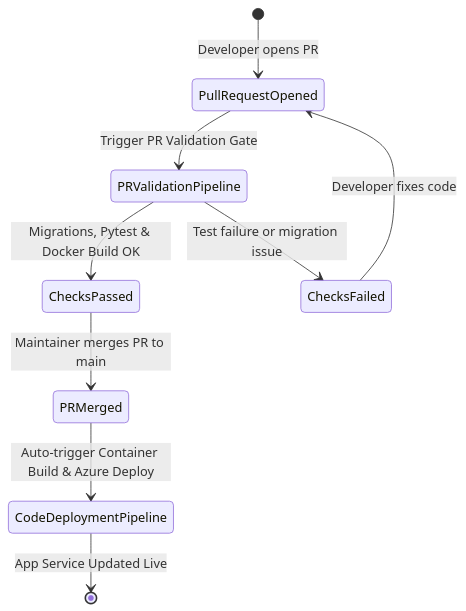
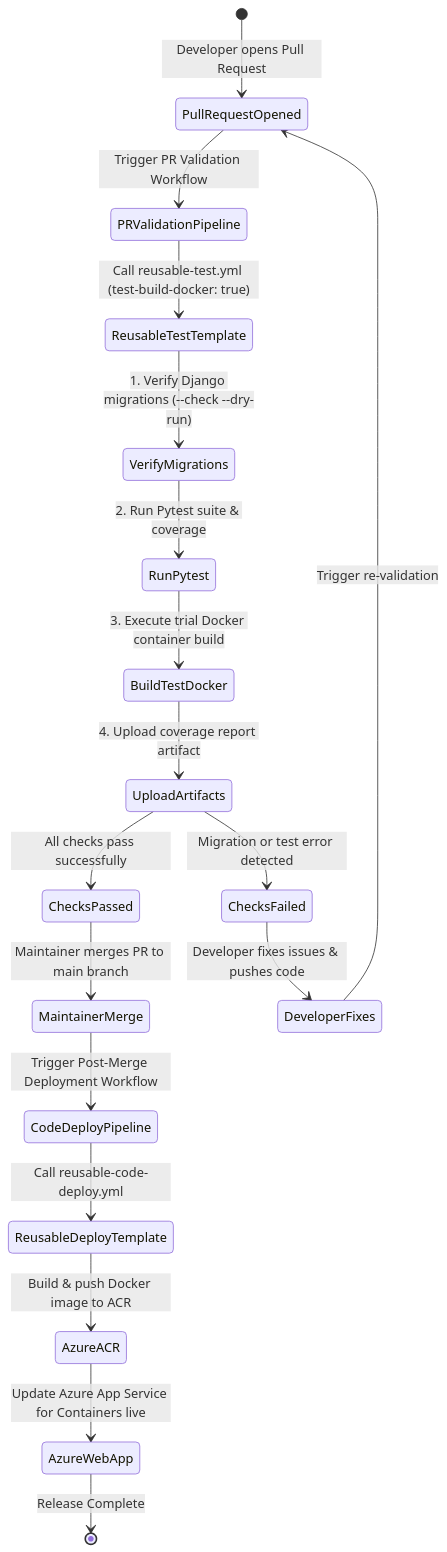
Before and after one commit to Shubhankart101/TeamBoard: the diagram in docs/cicd-pipelines.md, drawn with Mermaid. The commit also changed other lines of this file and 4 other files, not shown here.

Commit message:
docs: enrich documentation modules with comprehensive architecture, API, setup, infra, and CI/CD details

````diff
--- a/docs/cicd-pipelines.md
+++ b/docs/cicd-pipelines.md
@@ -22,11 +22,20 @@
 ```mermaid
 stateDiagram-v2
-    [*] --> PullRequestOpened: Developer opens PR
-    PullRequestOpened --> PRValidationPipeline: Trigger PR Validation Gate
-    PRValidationPipeline --> ChecksPassed: Migrations, Pytest & Docker Build OK
-    PRValidationPipeline --> ChecksFailed: Test failure or migration issue
-    ChecksFailed --> PullRequestOpened: Developer fixes code
-    ChecksPassed --> PRMerged: Maintainer merges PR to main
-    PRMerged --> CodeDeploymentPipeline: Auto-trigger Container Build & Azure Deploy
-    CodeDeploymentPipeline --> [*]: App Service Updated Live
+    [*] --> PullRequestOpened: Developer opens Pull Request
+    PullRequestOpened --> PRValidationPipeline: Trigger PR Validation Workflow
+    PRValidationPipeline --> ReusableTestTemplate: Call reusable-test.yml (test-build-docker: true)
+    ReusableTestTemplate --> VerifyMigrations: 1. Verify Django migrations (--check --dry-run)
+    VerifyMigrations --> RunPytest: 2. Run Pytest suite & coverage
+    RunPytest --> BuildTestDocker: 3. Execute trial Docker container build
+    BuildTestDocker --> UploadArtifacts: 4. Upload coverage report artifact
+    UploadArtifacts --> ChecksPassed: All checks pass successfully
+    UploadArtifacts --> ChecksFailed: Migration or test error detected
+    ChecksFailed --> DeveloperFixes: Developer fixes issues & pushes code
+    DeveloperFixes --> PullRequestOpened: Trigger re-validation
+    ChecksPassed --> MaintainerMerge: Maintainer merges PR to main branch
+    MaintainerMerge --> CodeDeployPipeline: Trigger Post-Merge Deployment Workflow
+    CodeDeployPipeline --> ReusableDeployTemplate: Call reusable-code-deploy.yml
+    ReusableDeployTemplate --> AzureACR: Build & push Docker image to ACR
+    AzureACR --> AzureWebApp: Update Azure App Service for Containers live
+    AzureWebApp --> [*]: Release Complete
 ```
````
